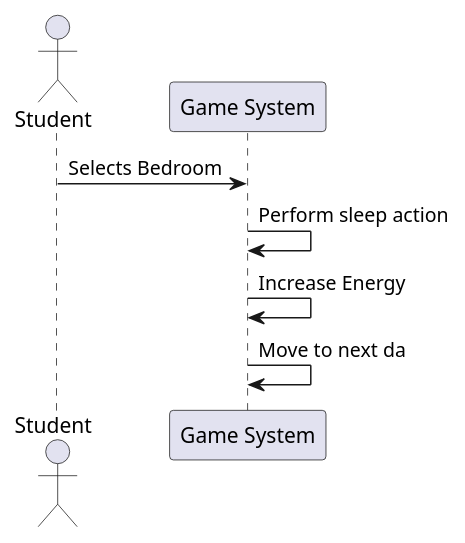
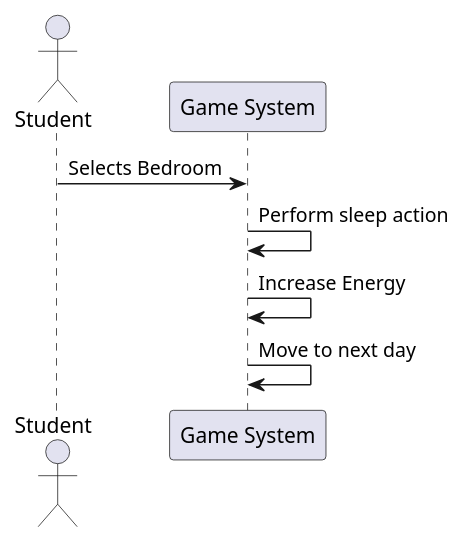
The diagram in Sleep.puml (Team21Eng1/Behaviour-diagrams), drawn with PlantUML before and after one commit.

Commit message:
spelling

```diff
--- a/Sleep.puml
+++ b/Sleep.puml
@@ -1,11 +1,11 @@
 @startuml
 
 actor Student
 participant "Game System" as System
 Student -> System: Selects Bedroom
 System -> System: Perform sleep action
 System -> System: Increase Energy
-System -> System: Move to next da
+System -> System: Move to next day
 
 
 @enduml
```
